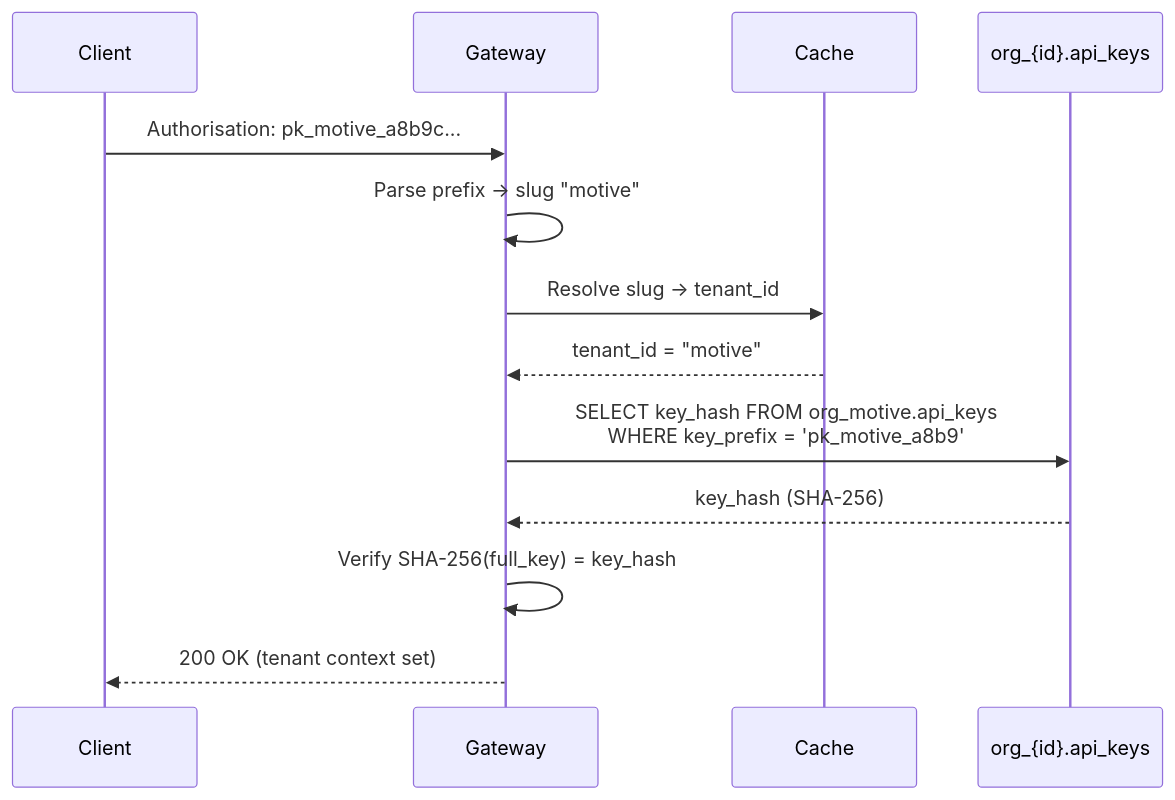
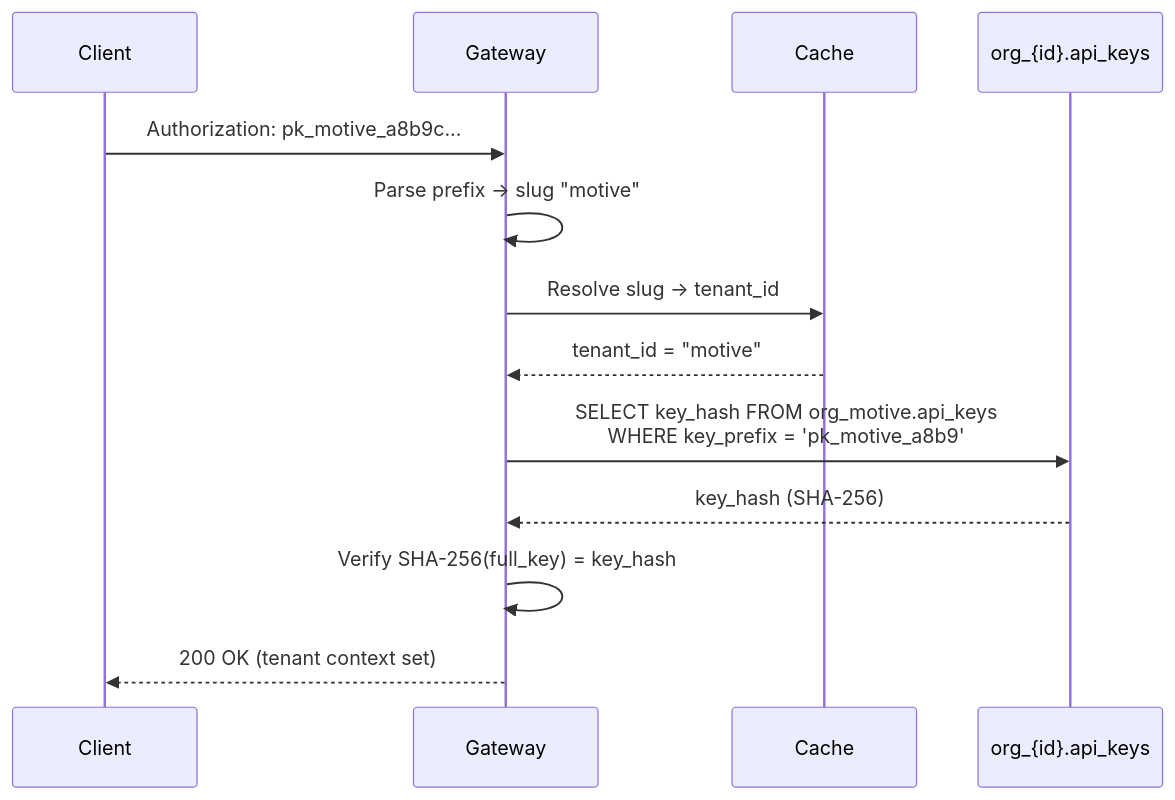
One commit to meridianhub/meridian changed the fourth of 11 diagrams in docs/prd/014-control-plane.md. Above: the diagram before and after it, drawn with Mermaid. The commit also changed 19 other files, not shown here.

````diff
--- a/docs/prd/014-control-plane.md
+++ b/docs/prd/014-control-plane.md
@@ -425,16 +425,16 @@
 ```mermaid
 sequenceDiagram
     participant Client
     participant Gateway
     participant Cache
     participant TenantDB as org_{id}.api_keys
 
-    Client->>Gateway: Authorisation: pk_motive_a8b9c...
+    Client->>Gateway: Authorization: pk_motive_a8b9c...
     Gateway->>Gateway: Parse prefix → slug "motive"
     Gateway->>Cache: Resolve slug → tenant_id
     Cache-->>Gateway: tenant_id = "motive"
     Gateway->>TenantDB: SELECT key_hash FROM org_motive.api_keys<br/>WHERE key_prefix = 'pk_motive_a8b9'
     TenantDB-->>Gateway: key_hash (SHA-256)
     Gateway->>Gateway: Verify SHA-256(full_key) = key_hash
     Gateway-->>Client: 200 OK (tenant context set)
 ```
````
